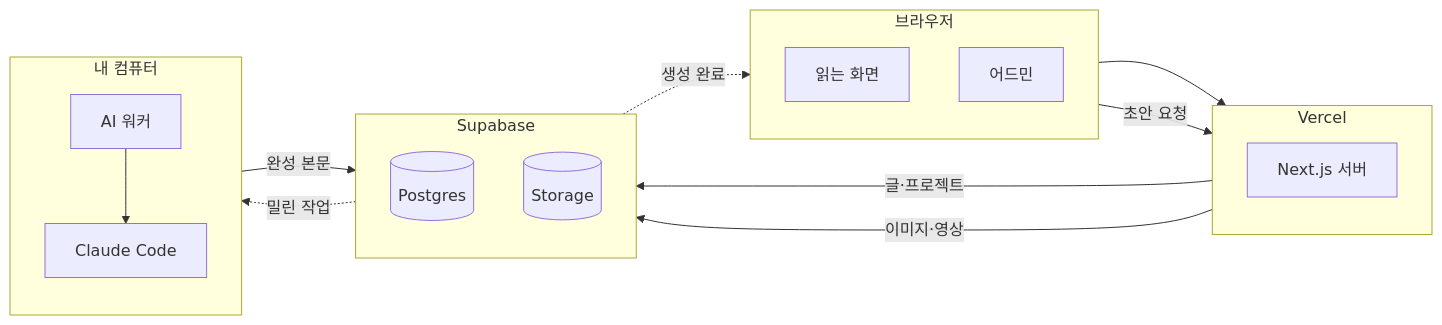
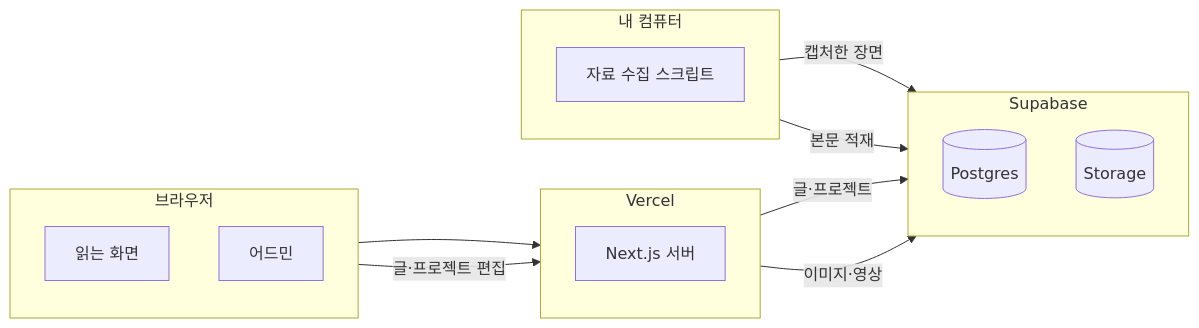
The diagram in projects/hynu-blog/portfolio.md (P0it/dev-blog), drawn with Mermaid before and after one commit. The commit also changed other lines of this file and 2 other files, not shown here.

````diff
--- a/projects/hynu-blog/portfolio.md
+++ b/projects/hynu-blog/portfolio.md
@@ -148,30 +131,27 @@
 ```mermaid
 flowchart LR
   subgraph 브라우저[브라우저]
     direction TB
     RD[읽는 화면]
     AD[어드민]
   end
   subgraph 버셀[Vercel]
     direction TB
     APP[Next.js 서버]
   end
   subgraph 수파베이스[Supabase]
     direction TB
     DB[(Postgres)]
     ST[(Storage)]
   end
   subgraph 내컴퓨터[내 컴퓨터]
     direction TB
-    W[AI 워커]
-    CC[Claude Code]
+    CAP[자료 수집 스크립트]
   end
   RD --> APP
-  AD -->|초안 요청| APP
+  AD -->|글·프로젝트 편집| APP
   APP -->|글·프로젝트| DB
   APP -->|이미지·영상| ST
-  DB -.->|밀린 작업| W
-  W --> CC
-  CC -->|완성 본문| DB
-  DB -.->|생성 완료| AD
+  CAP -->|캡처한 장면| ST
+  CAP -->|본문 적재| DB
 ```
````
